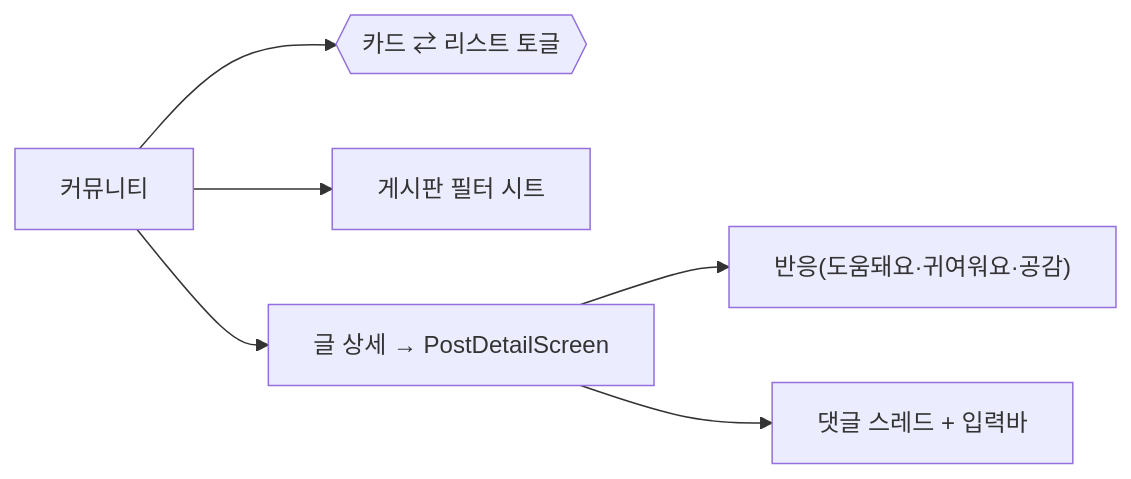
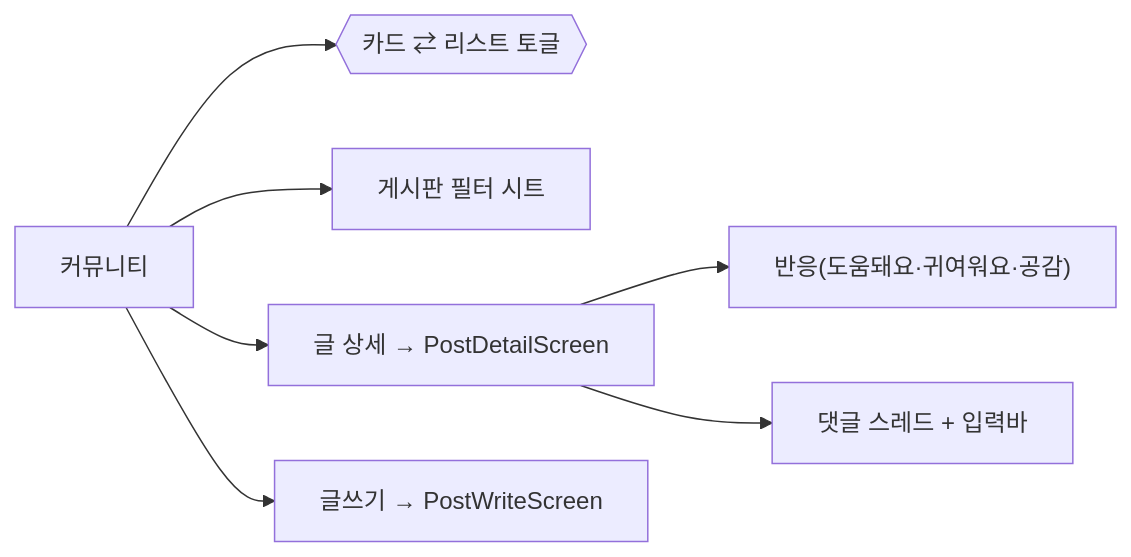
Before and after one commit to sanghyunbang/pawloop: the sixth of 8 diagrams in docs/01-design/information-architecture.md, drawn with Mermaid. The commit also changed other lines of this file and 19 other files, not shown here.

````diff
--- a/docs/01-design/information-architecture.md
+++ b/docs/01-design/information-architecture.md
@@ -159,8 +159,9 @@
 ```mermaid
 graph LR
     C["커뮤니티"] --> VT{{"카드 ⇄ 리스트 토글"}}
     C --> BF["게시판 필터 시트"]
     C --> Post["글 상세 → PostDetailScreen"]
     Post --> R["반응(도움돼요·귀여워요·공감)"]
     Post --> Cm["댓글 스레드 + 입력바"]
+    C --> W["글쓰기 → PostWriteScreen"]
 ```
````
